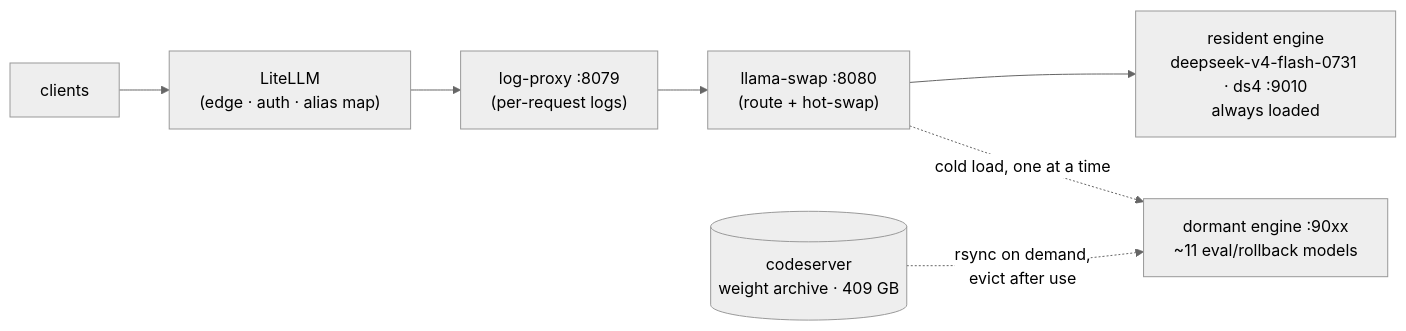
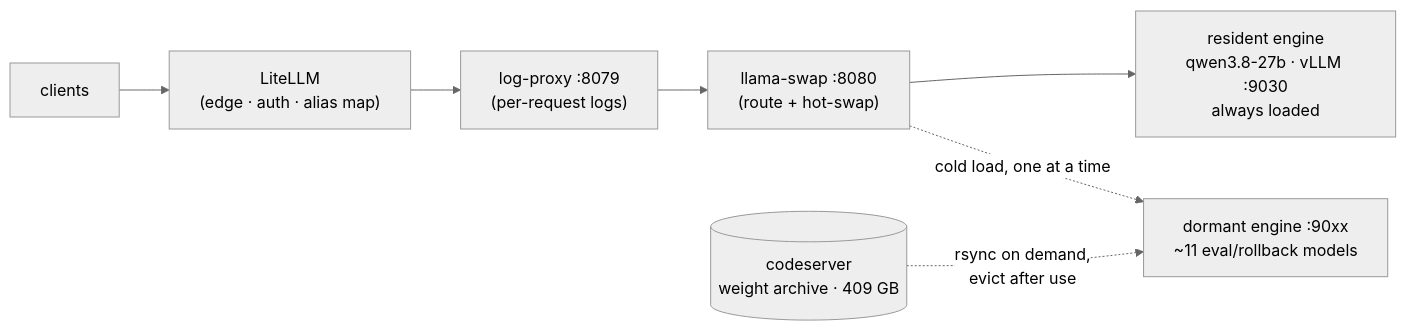
The diagram in README.md (poetzlma/DGX), drawn with Mermaid (neutral theme) before and after one commit. The commit also changed other lines of this file and 21 other files, not shown here.

````diff
--- a/README.md
+++ b/README.md
@@ -9,9 +9,9 @@
 ```mermaid
 flowchart LR
     C[clients] --> L["LiteLLM<br/>(edge · auth · alias map)"]
     L --> P["log-proxy :8079<br/>(per-request logs)"]
     P --> S["llama-swap :8080<br/>(route + hot-swap)"]
-    S --> R["resident engine<br/>deepseek-v4-flash-0731 · ds4 :9010<br/>always loaded"]
+    S --> R["resident engine<br/>qwen3.8-27b · vLLM :9030<br/>always loaded"]
     S -. cold load, one at a time .-> D["dormant engine :90xx<br/>~11 eval/rollback models"]
     W[("codeserver<br/>weight archive · 409 GB")] -. "rsync on demand,<br/>evict after use" .-> D
 ```
````
